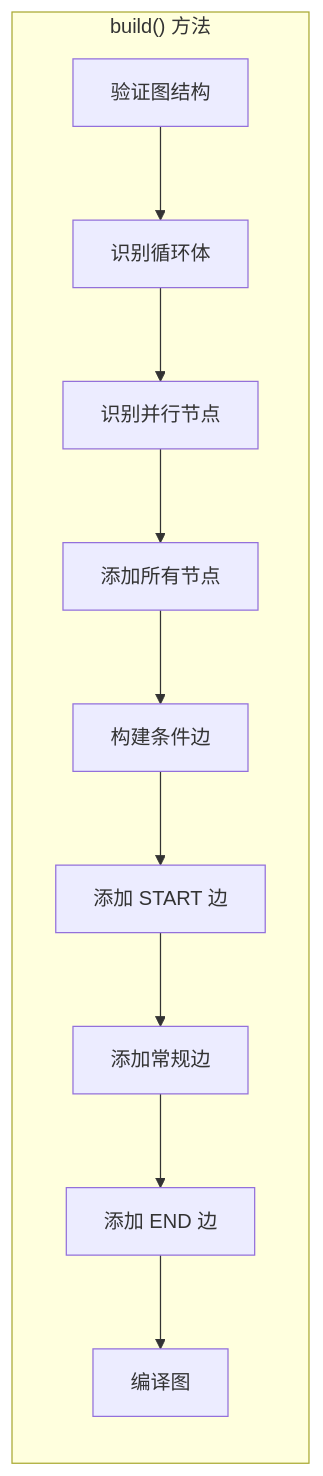
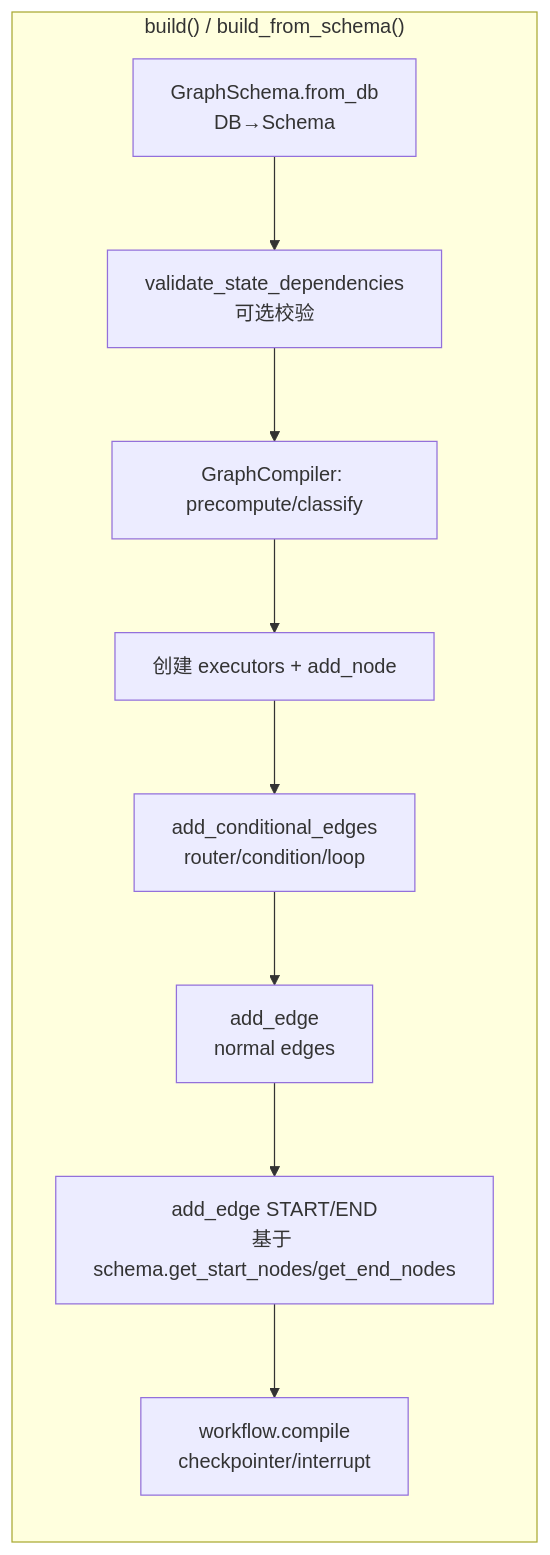
One commit to jd-opensource/JoySafeter changed the third of 10 diagrams in docs/GRAPH_BUILDER_ARCHITECTURE.md. Above: the diagram before and after it, drawn with Mermaid. The commit also changed other lines of this file and 7 other files, not shown here.

````diff
--- a/docs/GRAPH_BUILDER_ARCHITECTURE.md
+++ b/docs/GRAPH_BUILDER_ARCHITECTURE.md
@@ -239,16 +240,15 @@
 ```mermaid
 flowchart LR
-    subgraph Build["build() 方法"]
-        V[验证图结构]
-        L[识别循环体]
-        P[识别并行节点]
-        N[添加所有节点]
-        C[构建条件边]
-        S[添加 START 边]
-        R[添加常规边]
-        E[添加 END 边]
-        CO[编译图]
+    subgraph Build["build() / build_from_schema()"]
+        S1[GraphSchema.from_db<br/>DB→Schema]
+        V[validate_state_dependencies<br/>可选校验]
+        C1[GraphCompiler: precompute/classify]
+        N[创建 executors + add_node]
+        CE[add_conditional_edges<br/>router/condition/loop]
+        NE[add_edge<br/>normal edges]
+        SE[add_edge START/END<br/>基于 schema.get_start_nodes/get_end_nodes]
+        CO[workflow.compile<br/>checkpointer/interrupt]
     end
 
-    V --> L --> P --> N --> C --> S --> R --> E --> CO
+    S1 --> V --> C1 --> N --> CE --> NE --> SE --> CO
 ```
````
